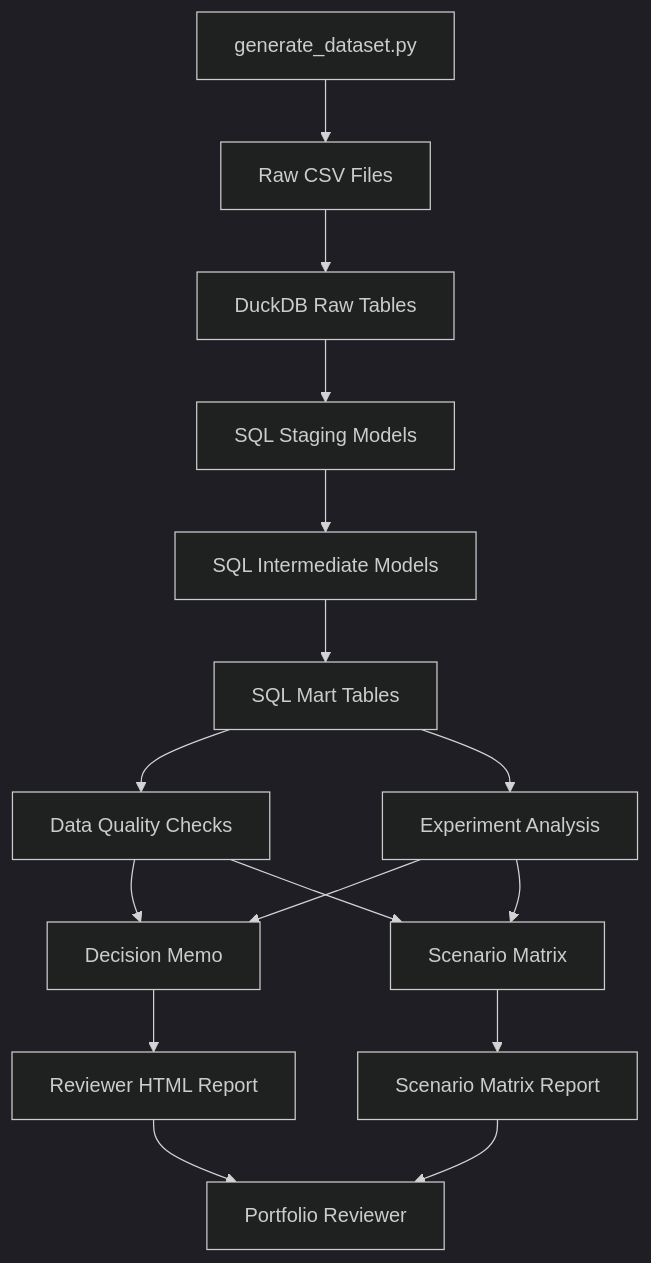
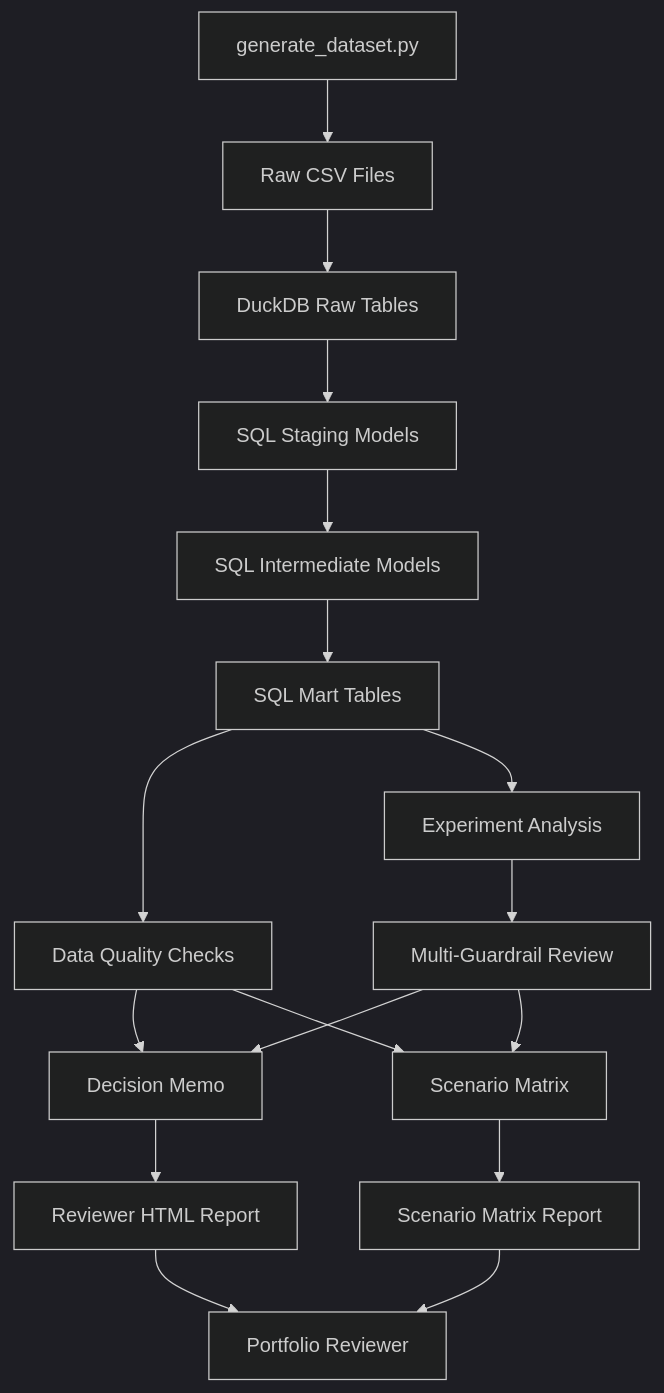
The first of 5 diagrams in docs/ARCHITECTURE_DIAGRAM.md (dffxonnb-cyber/DecisionOps-lab), drawn with Mermaid (dark theme) before and after one commit. The commit also changed other lines of this file and 1 other file, not shown here.

First line of the commit message:
Refresh case study and architecture docs for V2

````diff
--- a/docs/ARCHITECTURE_DIAGRAM.md
+++ b/docs/ARCHITECTURE_DIAGRAM.md
@@ -9,18 +9,19 @@
 ```mermaid
 flowchart TD
     A[generate_dataset.py] --> B[Raw CSV Files]
     B --> C[DuckDB Raw Tables]
     C --> D[SQL Staging Models]
     D --> E[SQL Intermediate Models]
     E --> F[SQL Mart Tables]
     F --> G[Data Quality Checks]
     F --> H[Experiment Analysis]
-    G --> I[Decision Memo]
-    H --> I
-    I --> J[Reviewer HTML Report]
-    H --> K[Scenario Matrix]
-    G --> K
-    K --> L[Scenario Matrix Report]
-    J --> M[Portfolio Reviewer]
-    L --> M
+    H --> I[Multi-Guardrail Review]
+    G --> J[Decision Memo]
+    I --> J
+    J --> K[Reviewer HTML Report]
+    I --> L[Scenario Matrix]
+    G --> L
+    L --> M[Scenario Matrix Report]
+    K --> N[Portfolio Reviewer]
+    M --> N
 ```
````
